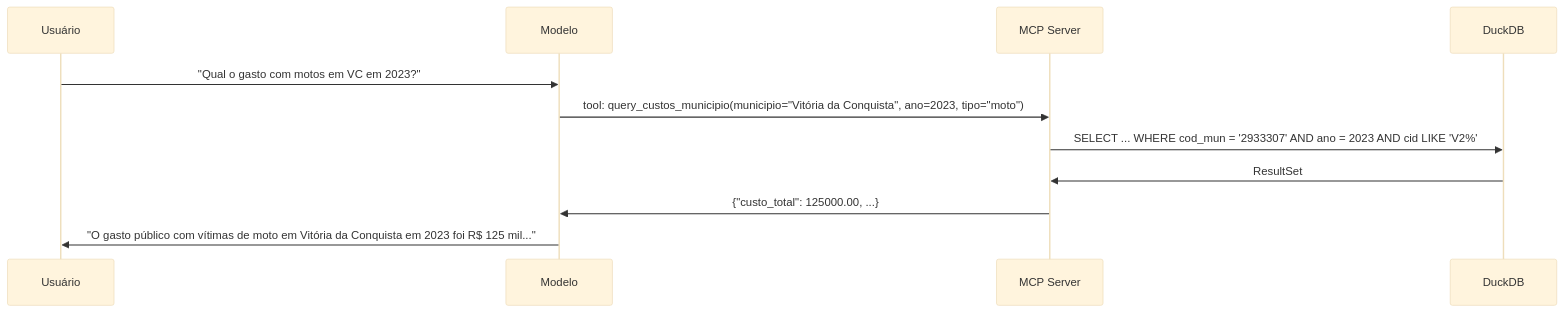
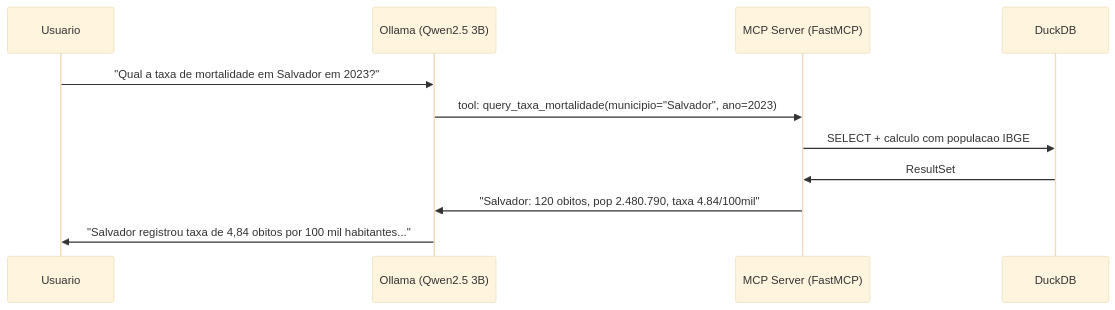
The fourth of 4 diagrams in ARCHITECTURE.md (thallyslemos/tcc-pipeline-transito-sus), drawn with Mermaid (base theme) before and after one commit. The commit also changed other lines of this file and 9 other files, not shown here.

First line of the commit message:
feat: add IBGE demographics, relative indicators, MCP server

````diff
--- a/ARCHITECTURE.md
+++ b/ARCHITECTURE.md
@@ -145,14 +177,14 @@
 ```mermaid
 sequenceDiagram
-    participant U as Usuário
-    participant LLM as Modelo
-    participant MCP as MCP Server
+    participant U as Usuario
+    participant LLM as Ollama (Qwen2.5 3B)
+    participant MCP as MCP Server (FastMCP)
     participant DB as DuckDB
 
-    U->>LLM: "Qual o gasto com motos em VC em 2023?"
-    LLM->>MCP: tool: query_custos_municipio(municipio="Vitória da Conquista", ano=2023, tipo="moto")
-    MCP->>DB: SELECT ... WHERE cod_mun = '2933307' AND ano = 2023 AND cid LIKE 'V2%'
+    U->>LLM: "Qual a taxa de mortalidade em Salvador em 2023?"
+    LLM->>MCP: tool: query_taxa_mortalidade(municipio="Salvador", ano=2023)
+    MCP->>DB: SELECT + calculo com populacao IBGE
     DB->>MCP: ResultSet
-    MCP->>LLM: {"custo_total": 125000.00, ...}
-    LLM->>U: "O gasto público com vítimas de moto em Vitória da Conquista em 2023 foi R$ 125 mil..."
+    MCP->>LLM: "Salvador: 120 obitos, pop 2.480.790, taxa 4.84/100mil"
+    LLM->>U: "Salvador registrou taxa de 4,84 obitos por 100 mil habitantes..."
 ```
````
